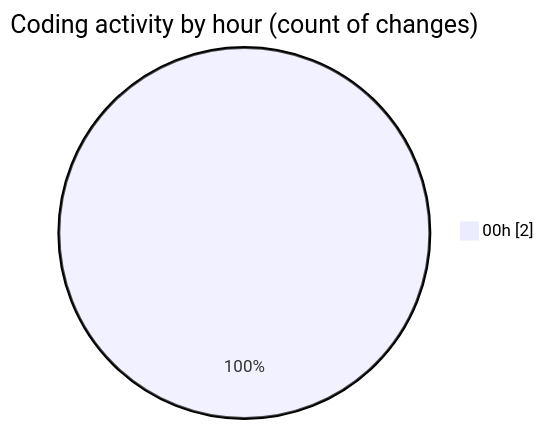
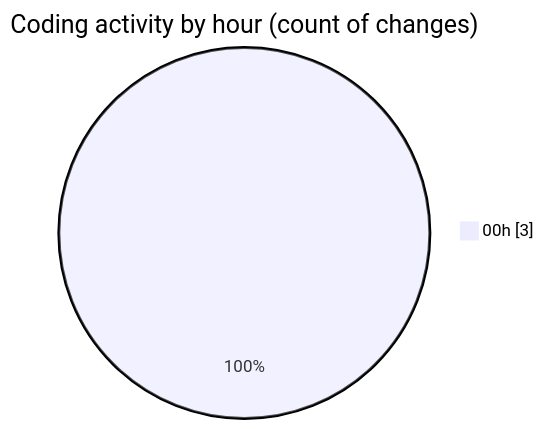
The second of 2 diagrams in 2025-08-11/transactions-new/README.md (EIIisD/code-tracking), drawn with Mermaid before and after one commit. The commit also changed other lines of this file and 1 other file, not shown here.

````diff
--- a/2025-08-11/transactions-new/README.md
+++ b/2025-08-11/transactions-new/README.md
@@ -29,5 +30,5 @@
 ```mermaid
 pie showData
 title Coding activity by hour (count of changes)
-"00h" : 2
+"00h" : 3
 ```
````
